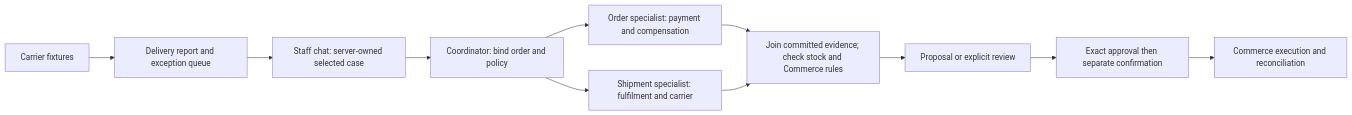
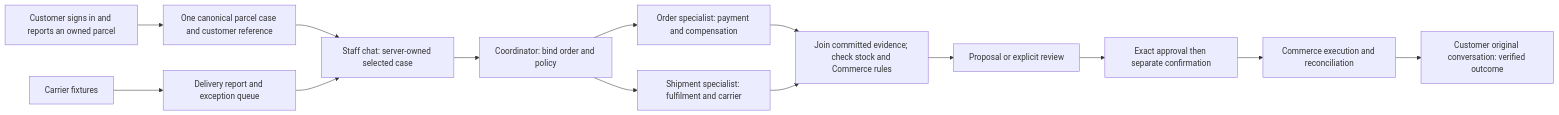
One commit to richardcheam/decisionops changed the diagram in README.md. Above: the diagram before and after it, drawn with Mermaid. The commit also changed other lines of this file and 51 other files, not shown here.

Commit message:
feat: connect owned customer reports to staff delivery resolution

````diff
--- a/README.md
+++ b/README.md
@@ -9,13 +13,16 @@
 ```mermaid
 flowchart LR
+  U[Customer signs in and reports an owned parcel] --> Q[One canonical parcel case and customer reference]
+  Q --> S
+  E --> V[Customer original conversation: verified outcome]
   C[Carrier fixtures] --> D[Delivery report and exception queue]
   D --> S[Staff chat: server-owned selected case]
   S --> B[Coordinator: bind order and policy]
   B --> O[Order specialist: payment and compensation]
   B --> H[Shipment specialist: fulfilment and carrier]
   O --> J[Join committed evidence; check stock and Commerce rules]
   H --> J
   J --> R[Proposal or explicit review]
   R --> A[Exact approval then separate confirmation]
   A --> E[Commerce execution and reconciliation]
 ```
````
